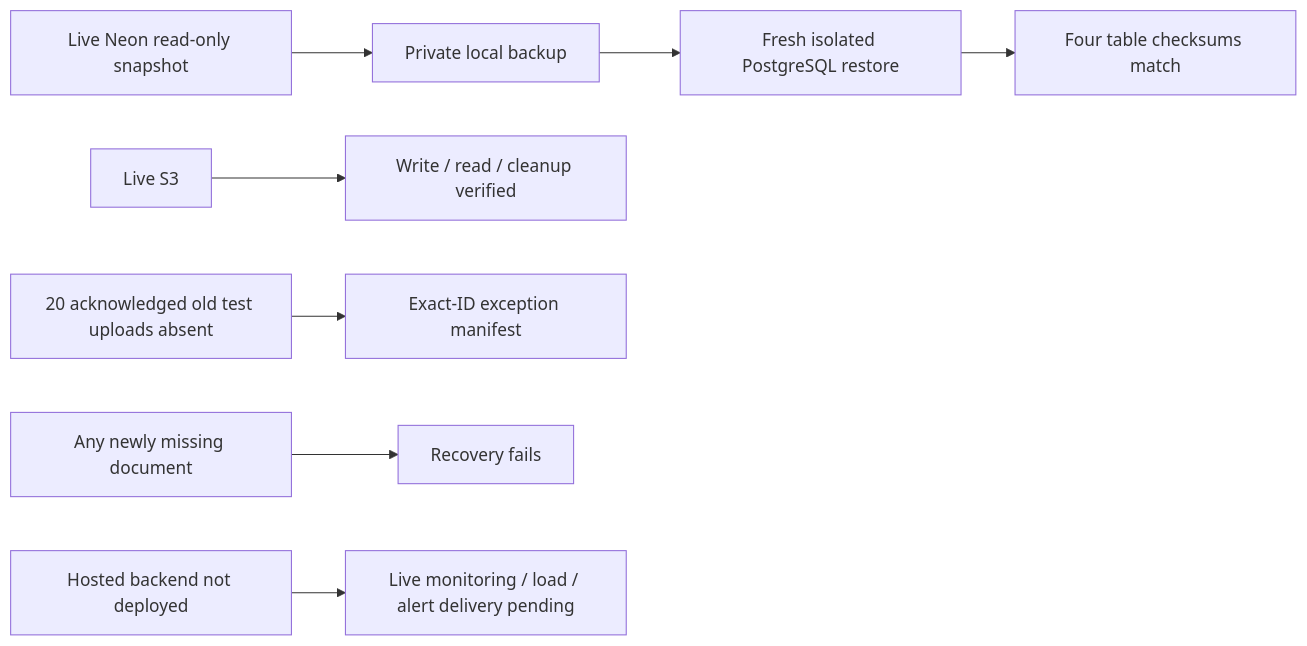
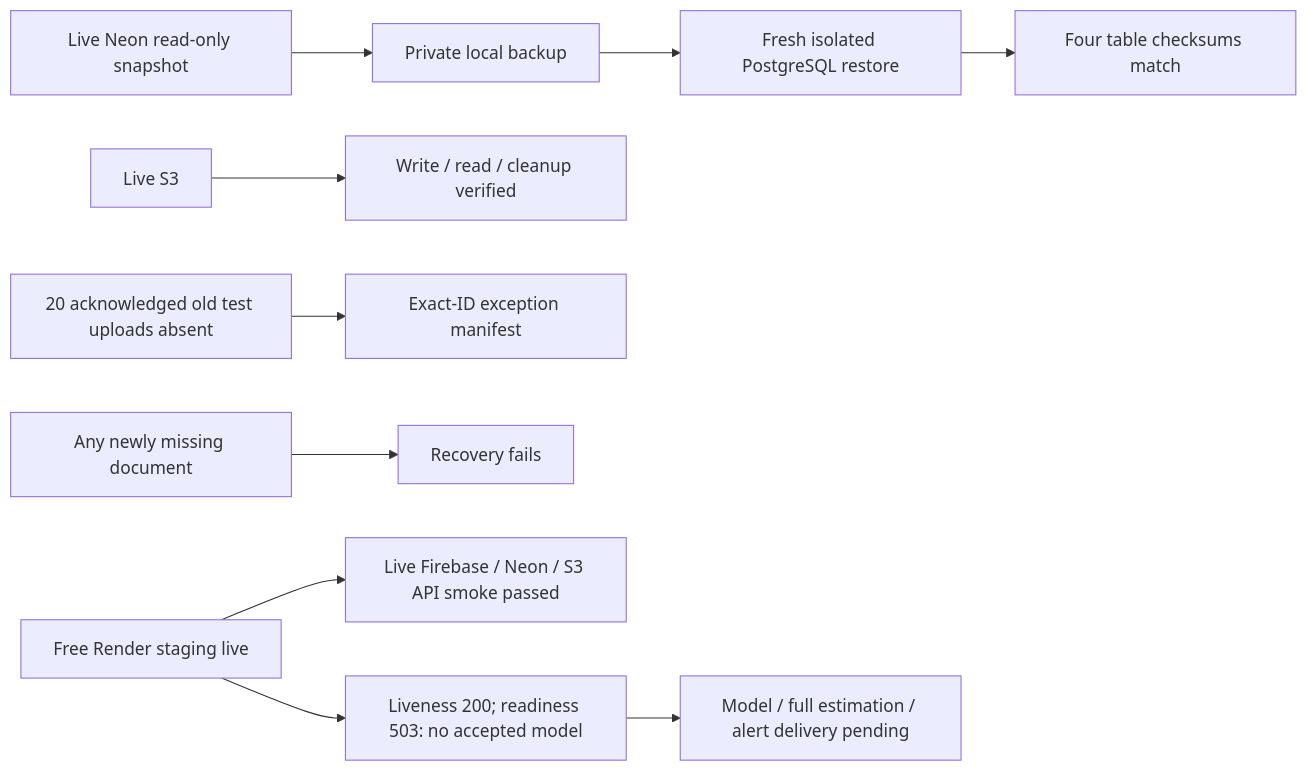
The first of 28 diagrams in docs/walkthrough.md (AtharvS7/PredictIQ), drawn with Mermaid before and after one commit. The commit also changed other lines of this file and 4 other files, not shown here.

````diff
--- a/docs/walkthrough.md
+++ b/docs/walkthrough.md
@@ -17,10 +17,12 @@
 ```mermaid
 flowchart LR
     Neon[Live Neon read-only snapshot] --> Dump[Private local backup]
     Dump --> Restore[Fresh isolated PostgreSQL restore]
     Restore --> Checks[Four table checksums match]
     S3[Live S3] --> Probe[Write / read / cleanup verified]
     Legacy[20 acknowledged old test uploads absent] --> Exception[Exact-ID exception manifest]
     NewLoss[Any newly missing document] --> Fail[Recovery fails]
-    API[Hosted backend not deployed] --> Pending[Live monitoring / load / alert delivery pending]
+    API[Free Render staging live] --> Auth[Live Firebase / Neon / S3 API smoke passed]
+    API --> Health[Liveness 200; readiness 503: no accepted model]
+    Health --> Pending[Model / full estimation / alert delivery pending]
 ```
````
